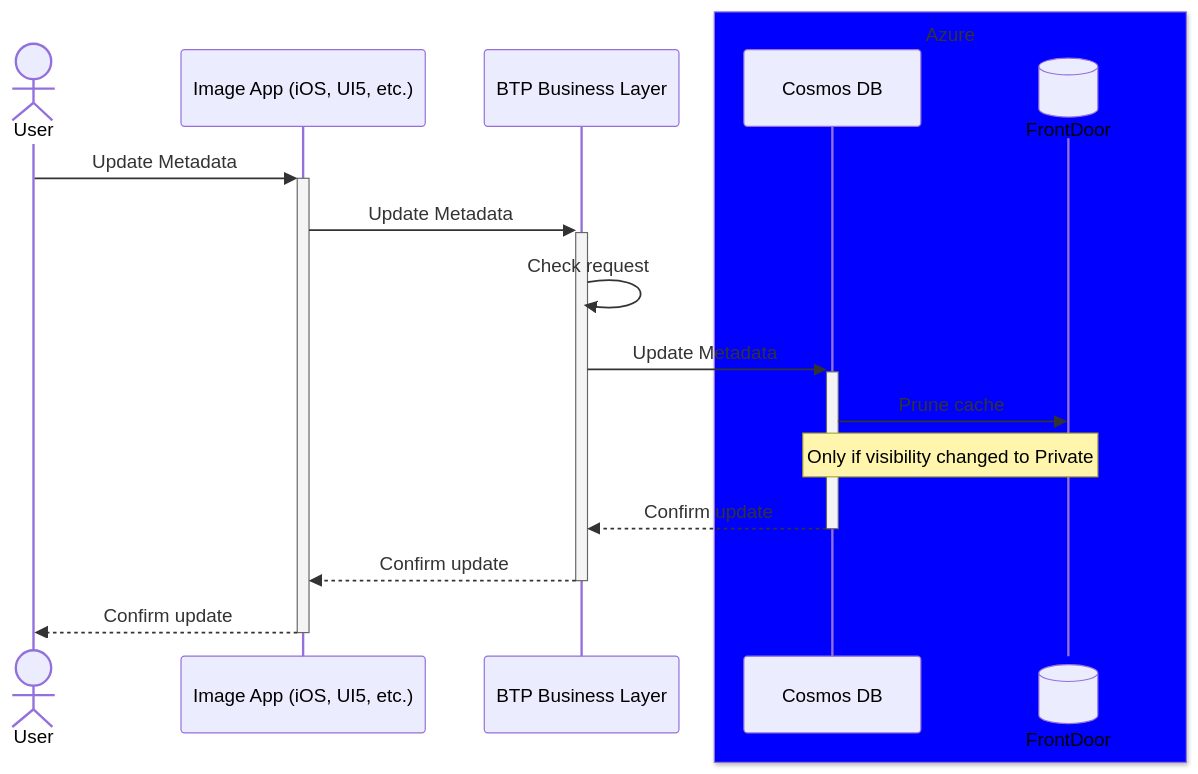
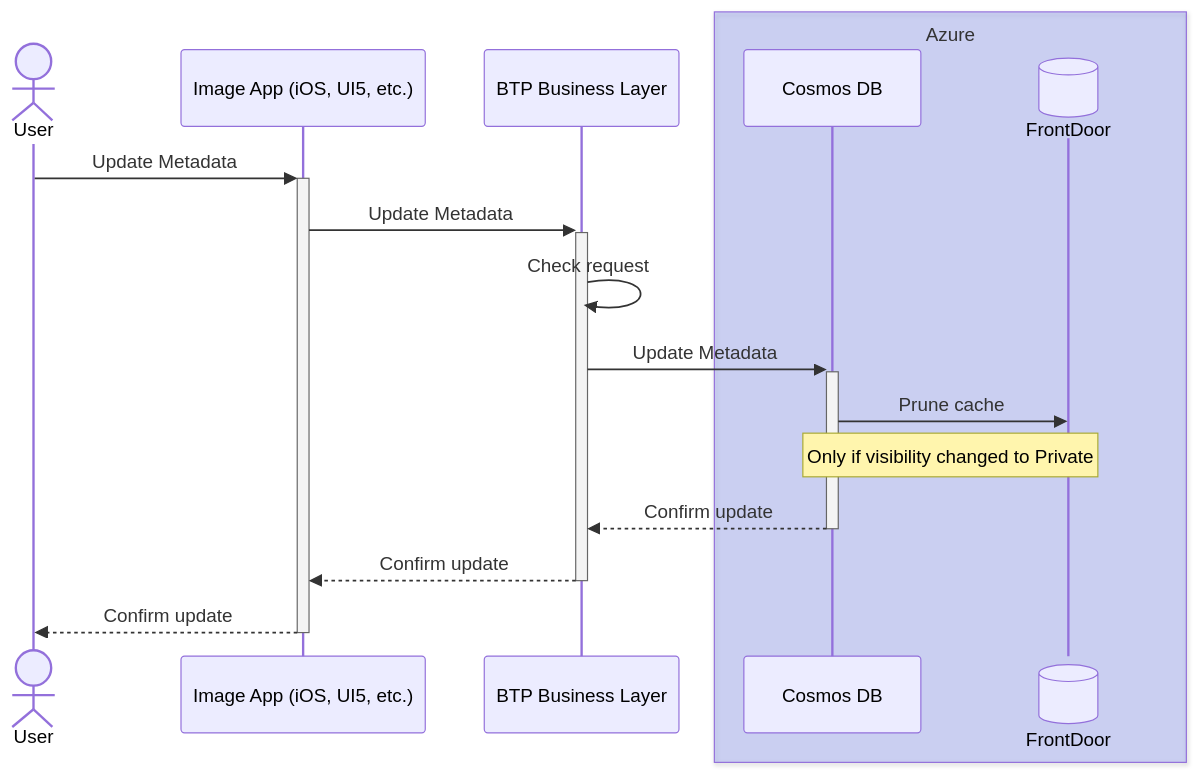
The fourth of 4 diagrams in docu/ep6 - API for materials/ep6.md (ainadur/-schindler-multipicture_docu), drawn with Mermaid before and after one commit. The commit also changed other lines of this file and 16 other files, not shown here.

````diff
--- a/docu/ep6 - API for materials/ep6.md
+++ b/docu/ep6 - API for materials/ep6.md
@@ -111,20 +113,20 @@
 ```mermaid
 sequenceDiagram
   actor User
   participant App as Image App (iOS, UI5, etc.)
   participant BTP as BTP Business Layer
-  box blue Azure
-  participant Cosmos as Cosmos DB
-  participant Cache@{ type: database, alias: FrontDoor}
+  box rgba(47, 70, 241, 0.2) Azure
+    participant Cosmos as Cosmos DB
+    participant Cache@{ type: database, alias: FrontDoor}
   end
 
   User->>+App: Update Metadata
   App->>+BTP: Update Metadata
   BTP->>BTP: Check request
   BTP->>+Cosmos: Update Metadata
   Cosmos->>Cache: Prune cache
   note over Cosmos,Cache: Only if visibility changed to Private
   Cosmos-->>-BTP: Confirm update
   BTP-->>-App: Confirm update
   App-->>-User: Confirm update
 ```
````
